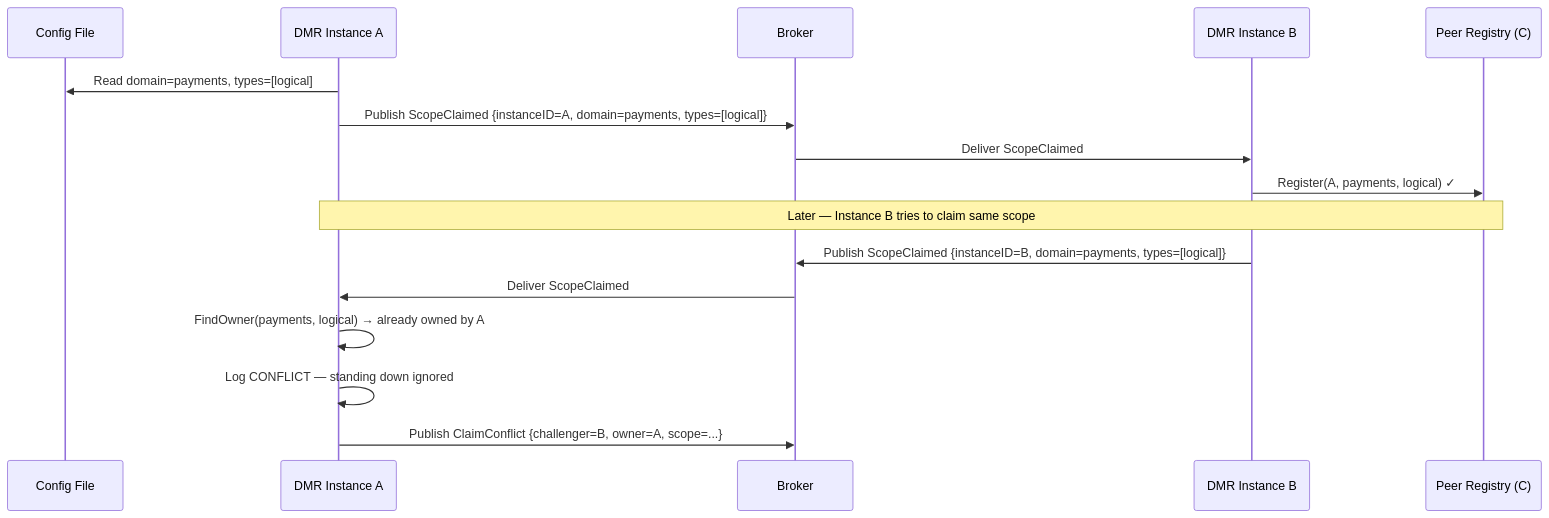
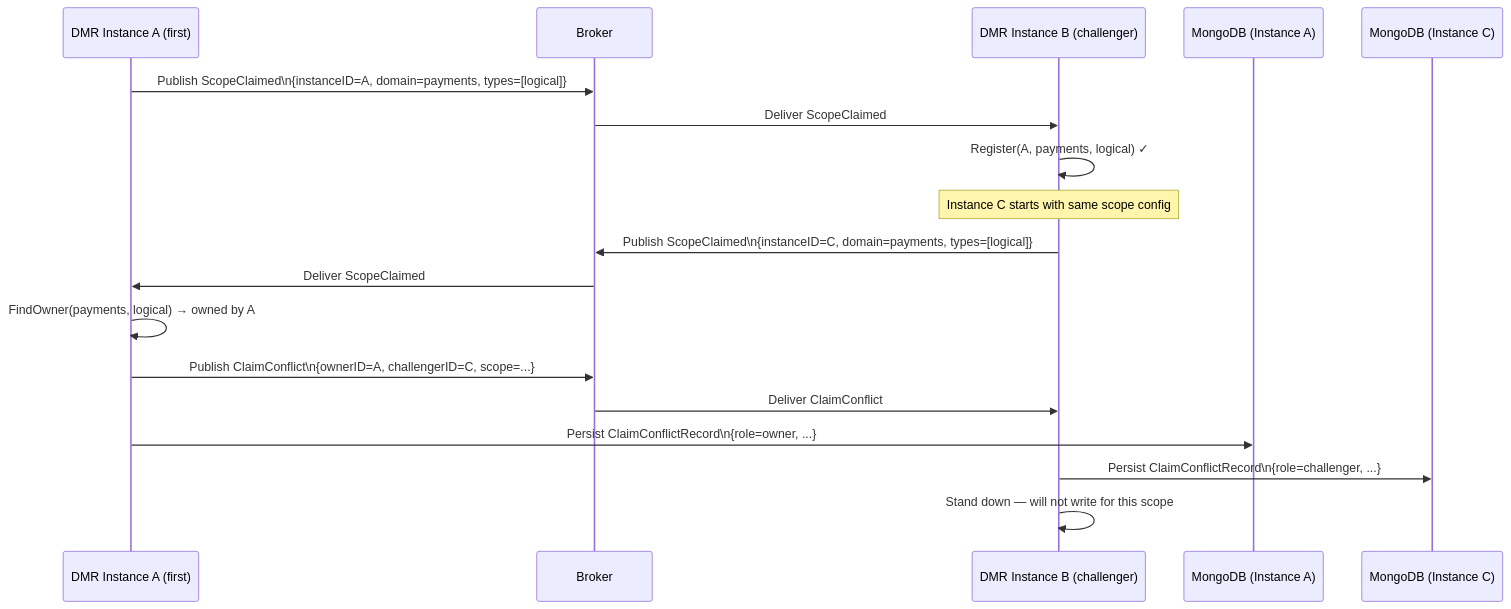
One commit to emirbh/misc changed the fifth of 19 diagrams in data-model-registry/dmr-sync-design.md. Above: the diagram before and after it, drawn with Mermaid. The commit also changed other lines of this file, not shown here.

Commit message:
dmr sync

````diff
--- a/data-model-registry/dmr-sync-design.md
+++ b/data-model-registry/dmr-sync-design.md
@@ -136,21 +227,24 @@
 ```mermaid
 sequenceDiagram
-    participant Cfg as Config File
-    participant A as DMR Instance A
+    participant A as DMR Instance A (first)
     participant B as Broker
-    participant C as DMR Instance B
-    participant R as Peer Registry (C)
+    participant C as DMR Instance B (challenger)
+    participant MA as MongoDB (Instance A)
+    participant MC as MongoDB (Instance C)
 
-    A->>Cfg: Read domain=payments, types=[logical]
-    A->>B: Publish ScopeClaimed {instanceID=A, domain=payments, types=[logical]}
+    A->>B: Publish ScopeClaimed\n{instanceID=A, domain=payments, types=[logical]}
     B->>C: Deliver ScopeClaimed
-    C->>R: Register(A, payments, logical) ✓
+    C->>C: Register(A, payments, logical) ✓
 
-    Note over A,R: Later — Instance B tries to claim same scope
+    Note over C: Instance C starts with same scope config
 
-    C->>B: Publish ScopeClaimed {instanceID=B, domain=payments, types=[logical]}
+    C->>B: Publish ScopeClaimed\n{instanceID=C, domain=payments, types=[logical]}
     B->>A: Deliver ScopeClaimed
-    A->>A: FindOwner(payments, logical) → already owned by A
-    A->>A: Log CONFLICT — standing down ignored
-    A->>B: Publish ClaimConflict {challenger=B, owner=A, scope=...}
+    A->>A: FindOwner(payments, logical) → owned by A
+    A->>B: Publish ClaimConflict\n{ownerID=A, challengerID=C, scope=...}
+    B->>C: Deliver ClaimConflict
+
+    A->>MA: Persist ClaimConflictRecord\n{role=owner, ...}
+    C->>MC: Persist ClaimConflictRecord\n{role=challenger, ...}
+    C->>C: Stand down — will not write for this scope
 ```
````
